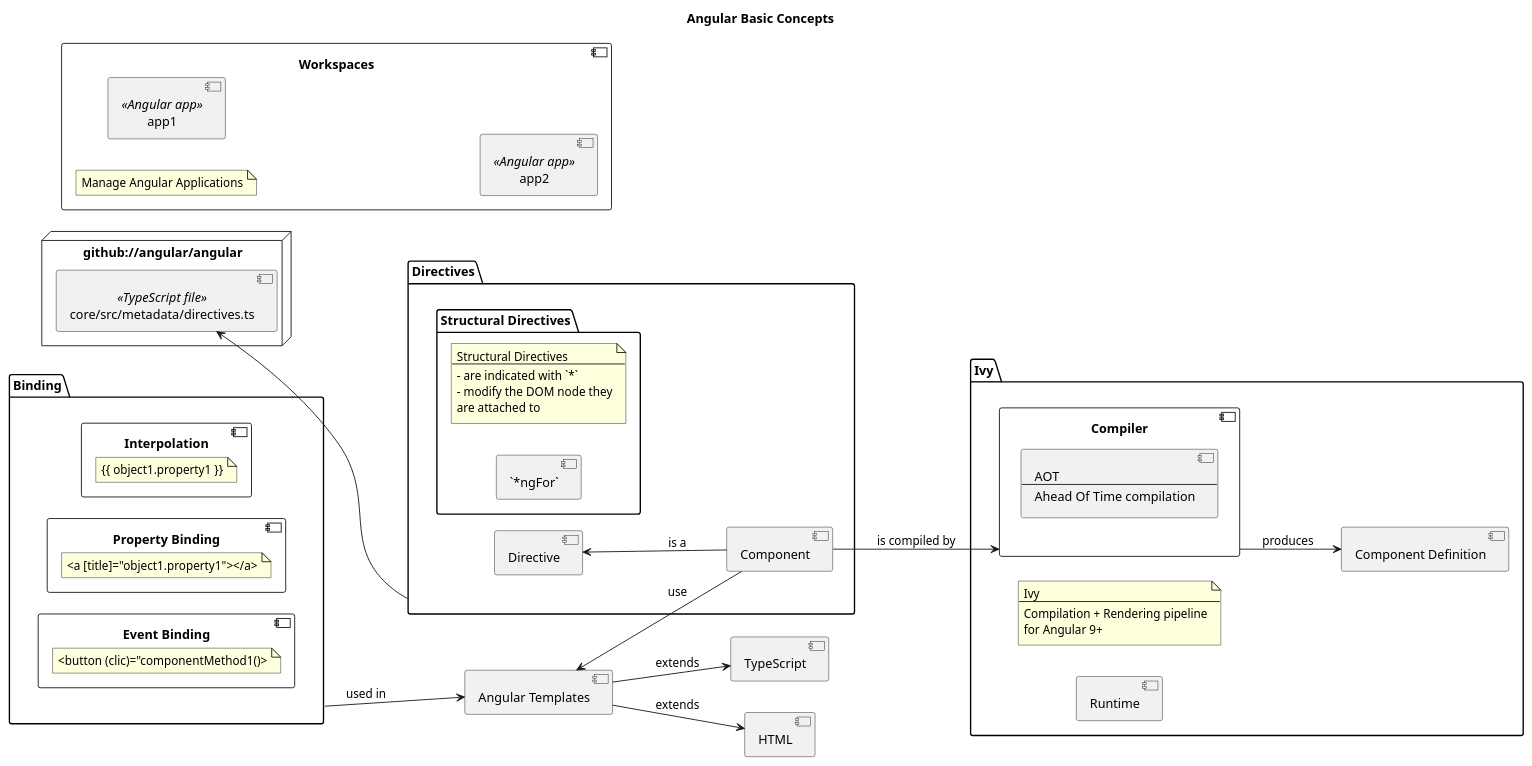
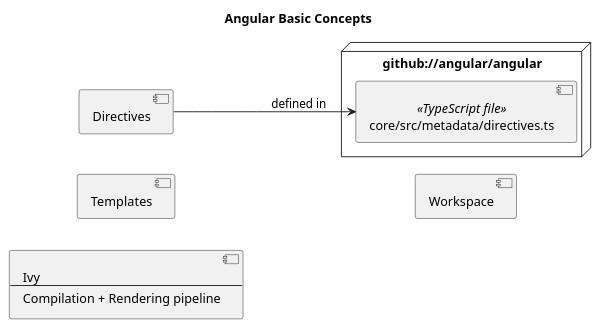
Before and after one commit to pgpbpadilla/reading-notes-angular: the diagram in angular-components.puml, drawn with PlantUML. The commit also changed 4 other files, not shown here.

Commit message:
chg: dev: @refactor: Break into multiple smaller diagrams

```diff
--- a/angular-components.puml
+++ b/angular-components.puml
@@ -1,98 +1,23 @@
 @startuml
 
 title Angular Basic Concepts
 
 left to right direction
 
 node "github://angular/angular" as GH_REPO {
 	[core/src/metadata/directives.ts] <<TypeScript file>> as SRC_DIR
 }
 
-    package Directives {
-		[Directive]
-		[Component] -up-> [Directive]: is a
-
-    	package "Structural Directives" {
-    		note as SDN
-    		Structural Directives
-    		---
-    		- are indicated with `*`
-    		- modify the DOM node they
-    		are attached to
-    		end note
-        	[`*ngFor`]
-        }
-    }
-    Directives -up-> SRC_DIR
+component Directives
+component Templates
+component Ivy [
+	Ivy
+	---
+	Compilation + Rendering pipeline
+]
+component Workspace
 
 
-	' Templates
-
-	component TypeScript
-	component HTML
-	component "Angular Templates" as AT
-	AT --> HTML: extends
-	AT --> TypeScript: extends
-
-    package Binding {
-		component Interpolation {
-			note as intNote
-				{{ object1.property1 }}
-			end note
-		}
-		component "Property Binding" {
-			note as pBindNote
-				<a [title]="object1.property1"></a>
-			end note
-		}
-		component "Event Binding" {
-			note as eBindNote
-				<button (clic)="componentMethod1()>
-			end note
-		}
-	}
-
-	Binding --> [AT]: used in
-
-    Component -up-> AT: use
-
-    'Ivy Compiler
-
-    package "Ivy" {
-    	note as IvyN
-    	Ivy
-    	---
-    	Compilation + Rendering pipeline
-    	for Angular 9+
-    	end note
-
-        component Runtime
-        component Compiler {
-        	component AOT [
-            	AOT
-            	---
-            	Ahead Of Time compilation
-            ]
-        }
-
-        ' Component Definition generation
-        Component --> Compiler: is compiled by
-        component "Component Definition" as ComponentDef
-        Compiler --> ComponentDef: produces
-    }
-
-    ' Workspace
-
-    component Workspaces {
-    	note as wsNote
-    	Manage Angular Applications
-    	end note
-
-    	[app1] <<Angular app>>
-    	[app2] <<Angular app>>
-    }
-
-
-
+Directives --> SRC_DIR: defined in
 
 @enduml
```
